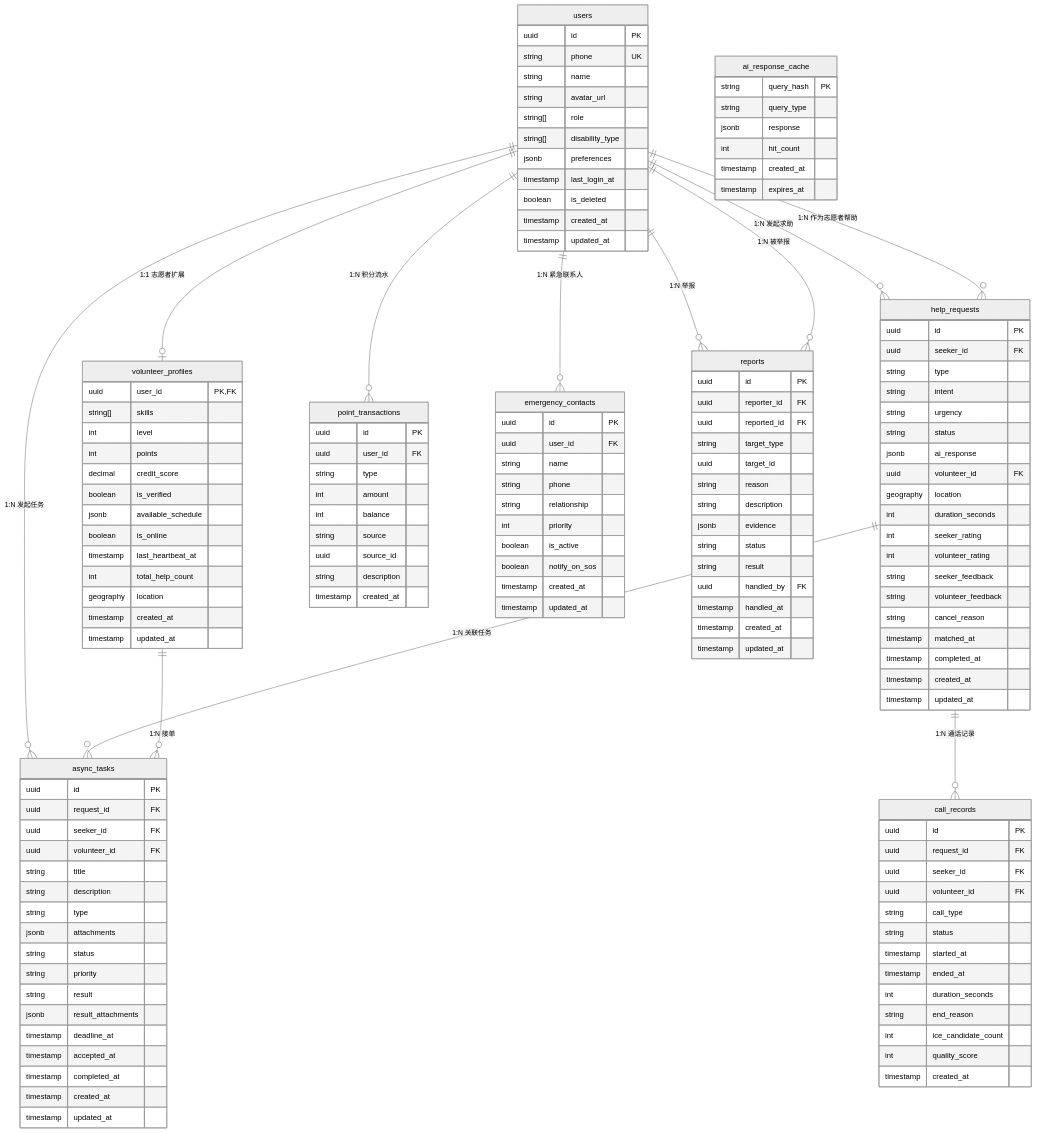
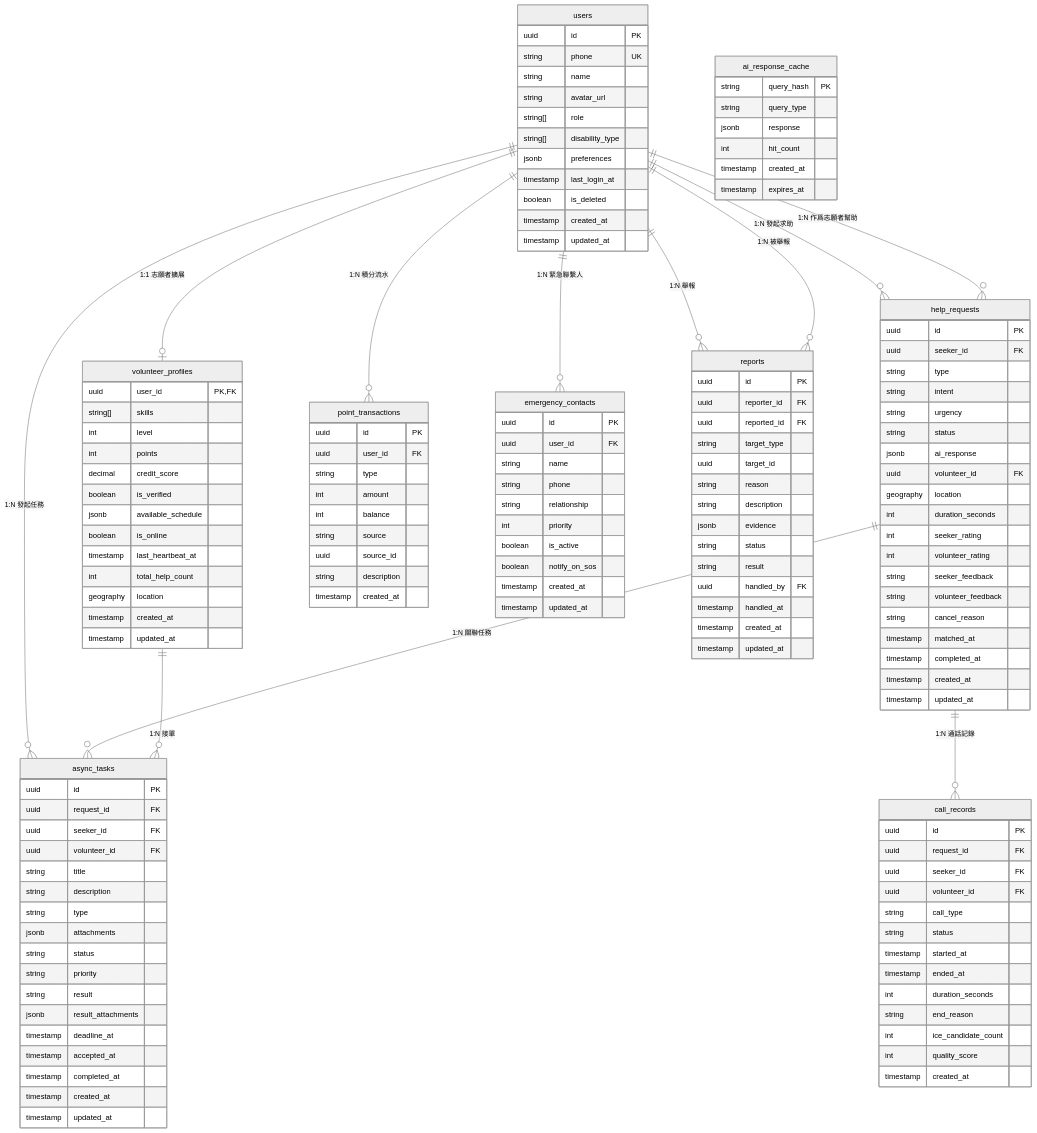
One commit to insistgang/LinkLab changed the diagram in supabase/docs/database-schema.md. Above: the diagram before and after it, drawn with Mermaid (neutral theme). The commit also changed other lines of this file and 522 other files, not shown here.

````diff
--- a/supabase/docs/database-schema.md
+++ b/supabase/docs/database-schema.md
@@ -5,18 +5,18 @@
 ```mermaid
 erDiagram
-    users ||--o| volunteer_profiles : "1:1 志愿者扩展"
-    users ||--o{ help_requests : "1:N 发起求助"
-    users ||--o{ help_requests : "1:N 作为志愿者帮助"
-    users ||--o{ async_tasks : "1:N 发起任务"
-    users ||--o{ point_transactions : "1:N 积分流水"
-    users ||--o{ emergency_contacts : "1:N 紧急联系人"
-    users ||--o{ reports : "1:N 举报"
-    users ||--o{ reports : "1:N 被举报"
+    users ||--o| volunteer_profiles : "1:1 志願者擴展"
+    users ||--o{ help_requests : "1:N 發起求助"
+    users ||--o{ help_requests : "1:N 作爲志願者幫助"
+    users ||--o{ async_tasks : "1:N 發起任務"
+    users ||--o{ point_transactions : "1:N 積分流水"
+    users ||--o{ emergency_contacts : "1:N 緊急聯繫人"
+    users ||--o{ reports : "1:N 舉報"
+    users ||--o{ reports : "1:N 被舉報"
     
-    help_requests ||--o{ async_tasks : "1:N 关联任务"
-    help_requests ||--o{ call_records : "1:N 通话记录"
+    help_requests ||--o{ async_tasks : "1:N 關聯任務"
+    help_requests ||--o{ call_records : "1:N 通話記錄"
     
-    volunteer_profiles ||--o{ async_tasks : "1:N 接单"
+    volunteer_profiles ||--o{ async_tasks : "1:N 接單"
     
     users {
         uuid id PK
````
